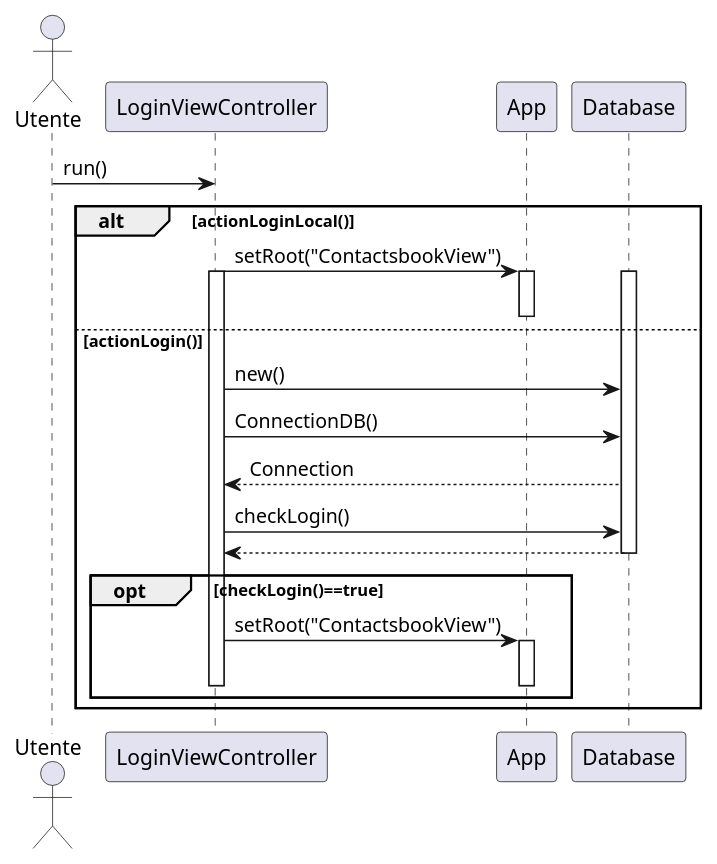
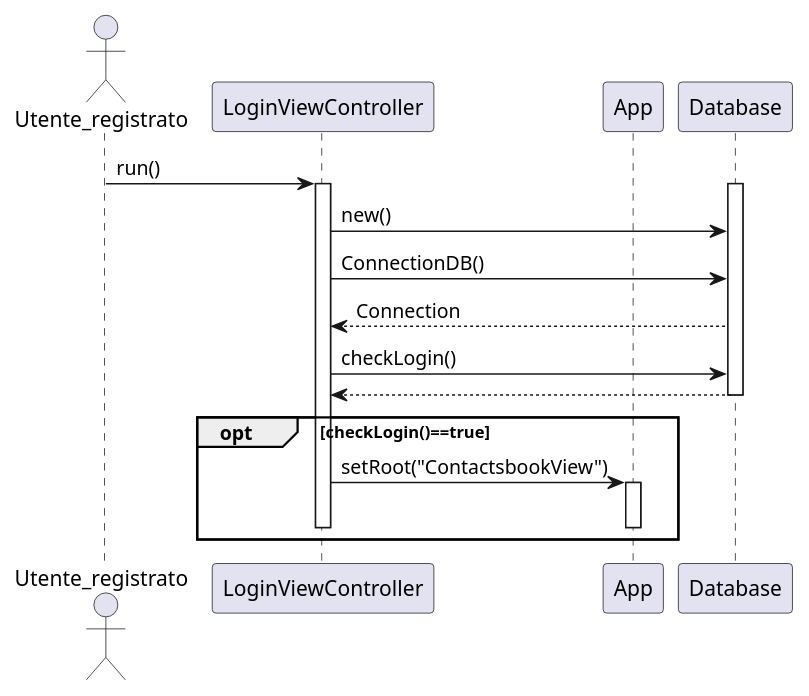
Before and after one commit to CupoMeridio/Ingegneria-del-software-2024-2025: the diagram in src/main/resources/SequenceDiagrams/SequenceDiagram_Login.puml, drawn with PlantUML. The commit also changed 3 other files, not shown here.

```diff
--- a/src/main/resources/SequenceDiagrams/SequenceDiagram_Login.puml
+++ b/src/main/resources/SequenceDiagrams/SequenceDiagram_Login.puml
@@ -1,39 +1,31 @@
 @startuml
-actor Utente
+actor Utente_registrato
 participant "LoginViewController" as LoginViewController
 participant "App" as App 
 participant "Database" as db
 
-Utente -> LoginViewController: run()
+Utente_registrato -> LoginViewController: run()
 
-alt actionLoginLocal()
-LoginViewController -> App: setRoot("ContactsbookView")
-activate App
-deactivate App
-else actionLogin()
+
 
 activate db
 activate LoginViewController
 LoginViewController -> db: new()
 LoginViewController -> db: ConnectionDB()
 db --> LoginViewController: Connection
 
 LoginViewController -> db: checkLogin()
 db --> LoginViewController
 deactivate db
 opt checkLogin()==true
 LoginViewController -> App: setRoot("ContactsbookView")
 activate App
 deactivate App
 deactivate LoginViewController
 end
 
 
 
-end
-
-
-
 
 
 @enduml
```
